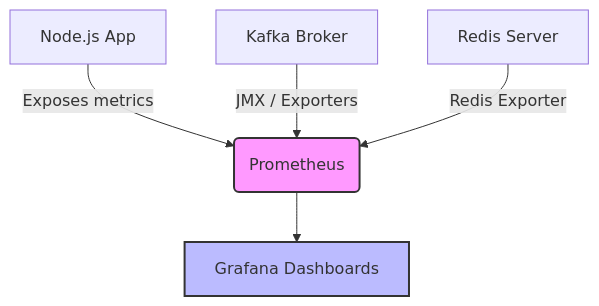
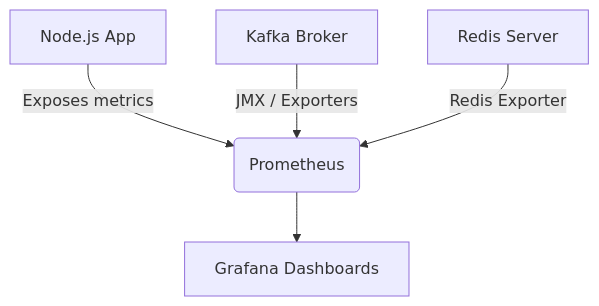
Before and after one commit to Atharvkote/Scalable-Chat-Application: the second of 2 diagrams in Readme.md, drawn with Mermaid.

````diff
--- a/Readme.md
+++ b/Readme.md
@@ -335,11 +335,7 @@
 ```mermaid
 flowchart TD
     A[Node.js App] -->|Exposes metrics| P(Prometheus)
     B[Kafka Broker] -->|JMX / Exporters| P
     C[Redis Server] -->|Redis Exporter| P
     P --> G[Grafana Dashboards]
-    
-    style P fill:#f9f,stroke:#333,stroke-width:2px
-    style G fill:#bbf,stroke:#333,stroke-width:2px
-
 ```
````
